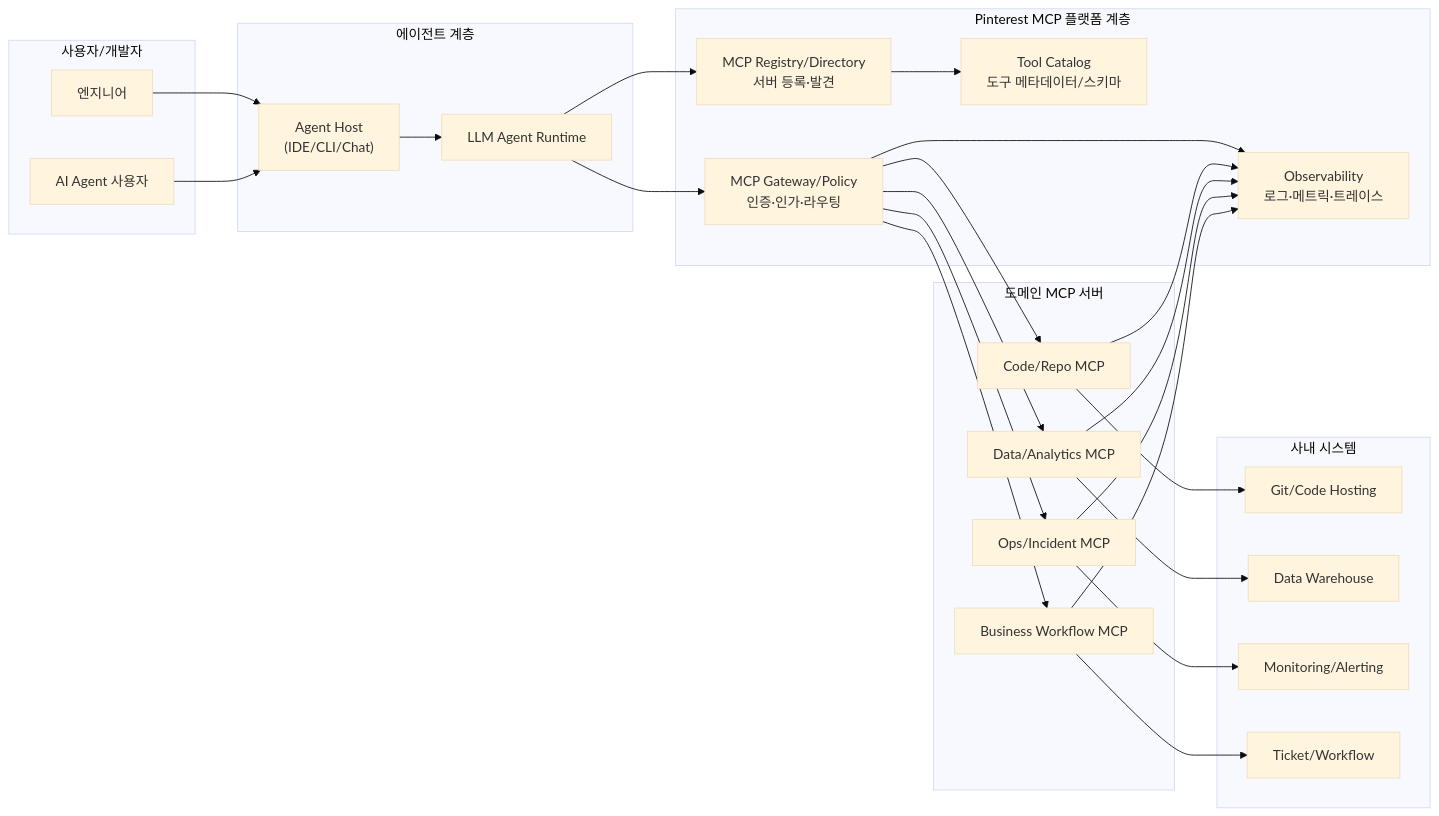
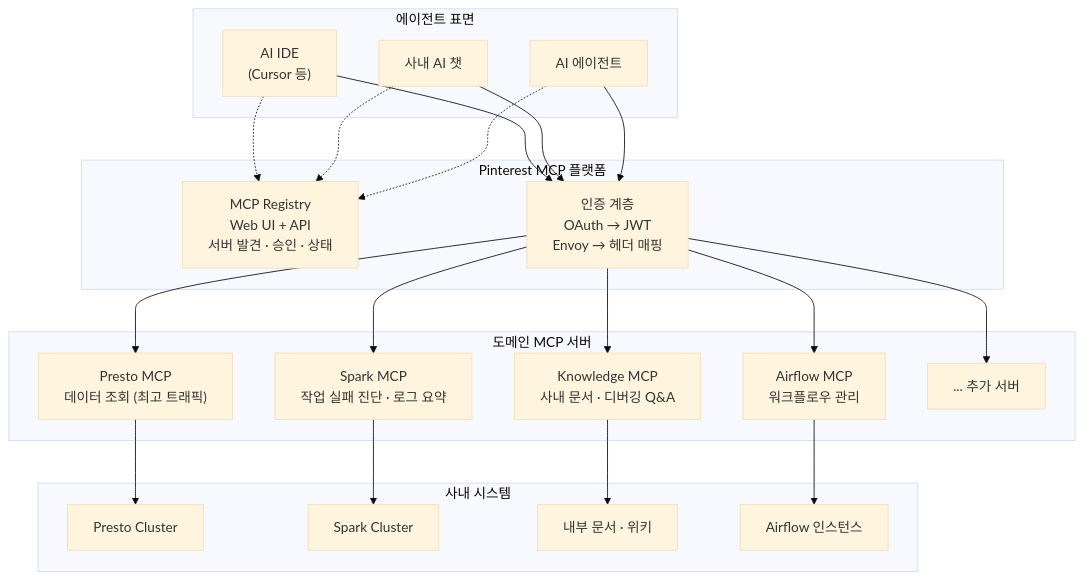
The first of 6 diagrams in pinterest-mcp/00-diagram.md (kimchanhyung98/agentic-workflows), drawn with Mermaid (base theme) before and after one commit. The commit also changed other lines of this file and 3 other files, not shown here.

First line of the commit message:
docs(pinterest-mcp): update architecture & analysis

````diff
--- a/pinterest-mcp/00-diagram.md
+++ b/pinterest-mcp/00-diagram.md
@@ -5,55 +5,46 @@
 ```mermaid
-flowchart LR
-    subgraph Users["사용자/개발자"]
-        Dev["엔지니어"]
-        AIUser["AI Agent 사용자"]
+flowchart TD
+    subgraph Surfaces["에이전트 표면"]
+        IDE["AI IDE<br/>(Cursor 등)"]
+        Chat["사내 AI 챗"]
+        Agents["AI 에이전트"]
     end
 
-    subgraph AgentLayer["에이전트 계층"]
-        Host["Agent Host<br/>(IDE/CLI/Chat)"]
-        Agent["LLM Agent Runtime"]
+    subgraph Platform["Pinterest MCP 플랫폼"]
+        Registry["MCP Registry<br/>Web UI + API<br/>서버 발견 · 승인 · 상태"]
+        Auth["인증 계층<br/>OAuth → JWT<br/>Envoy → 헤더 매핑"]
     end
 
-    subgraph MCPPlatform["Pinterest MCP 플랫폼 계층"]
-        Registry["MCP Registry/Directory<br/>서버 등록·발견"]
-        Gateway["MCP Gateway/Policy<br/>인증·인가·라우팅"]
-        Catalog["Tool Catalog<br/>도구 메타데이터/스키마"]
-        Obs["Observability<br/>로그·메트릭·트레이스"]
+    subgraph Servers["도메인 MCP 서버"]
+        Presto["Presto MCP<br/>데이터 조회 (최고 트래픽)"]
+        Spark["Spark MCP<br/>작업 실패 진단 · 로그 요약"]
+        Knowledge["Knowledge MCP<br/>사내 문서 · 디버깅 Q&A"]
+        Airflow["Airflow MCP<br/>워크플로우 관리"]
+        More["... 추가 서버"]
     end
 
-    subgraph MCPServers["도메인 MCP 서버"]
-        Code["Code/Repo MCP"]
-        Data["Data/Analytics MCP"]
-        Ops["Ops/Incident MCP"]
-        Biz["Business Workflow MCP"]
+    subgraph Internal["사내 시스템"]
+        PrestoCluster["Presto Cluster"]
+        SparkCluster["Spark Cluster"]
+        Docs["내부 문서 · 위키"]
+        AirflowSys["Airflow 인스턴스"]
     end
 
-    subgraph Systems["사내 시스템"]
-        Git["Git/Code Hosting"]
-        Warehouse["Data Warehouse"]
-        Monitor["Monitoring/Alerting"]
-        Workflow["Ticket/Workflow"]
-    end
+    IDE --> Auth
+    Chat --> Auth
+    Agents --> Auth
+    IDE -.-> Registry
+    Chat -.-> Registry
+    Agents -.-> Registry
 
-    Dev --> Host
-    AIUser --> Host
-    Host --> Agent
-    Agent --> Registry
-    Agent --> Gateway
-    Registry --> Catalog
-    Gateway --> Code
-    Gateway --> Data
-    Gateway --> Ops
-    Gateway --> Biz
+    Auth --> Presto
+    Auth --> Spark
+    Auth --> Knowledge
+    Auth --> Airflow
+    Auth --> More
 
-    Code --> Git
-    Data --> Warehouse
-    Ops --> Monitor
-    Biz --> Workflow
-
-    Gateway --> Obs
-    Code --> Obs
-    Data --> Obs
-    Ops --> Obs
-    Biz --> Obs
+    Presto --> PrestoCluster
+    Spark --> SparkCluster
+    Knowledge --> Docs
+    Airflow --> AirflowSys
 ```
````
